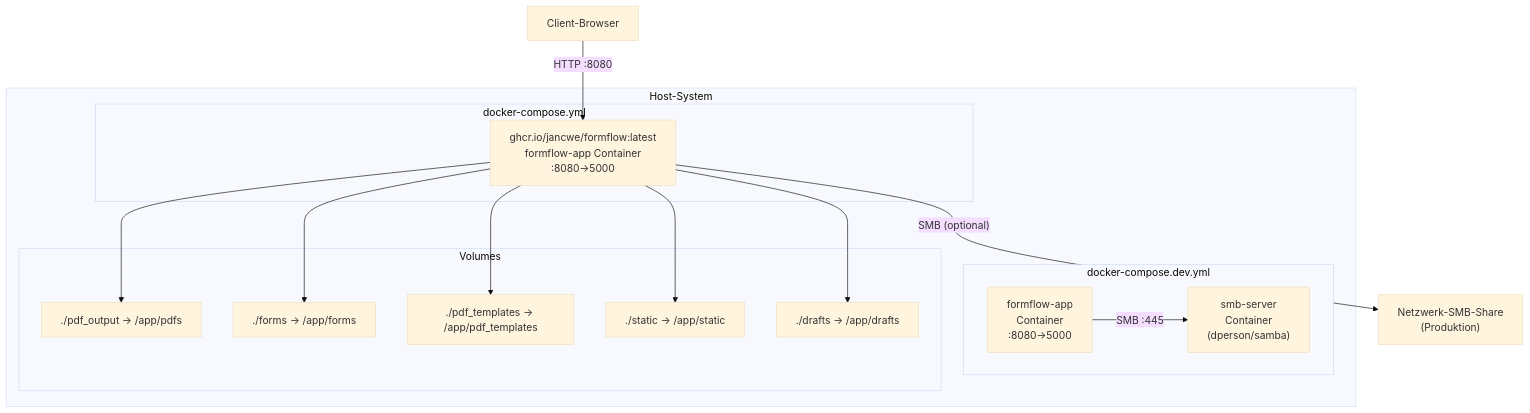
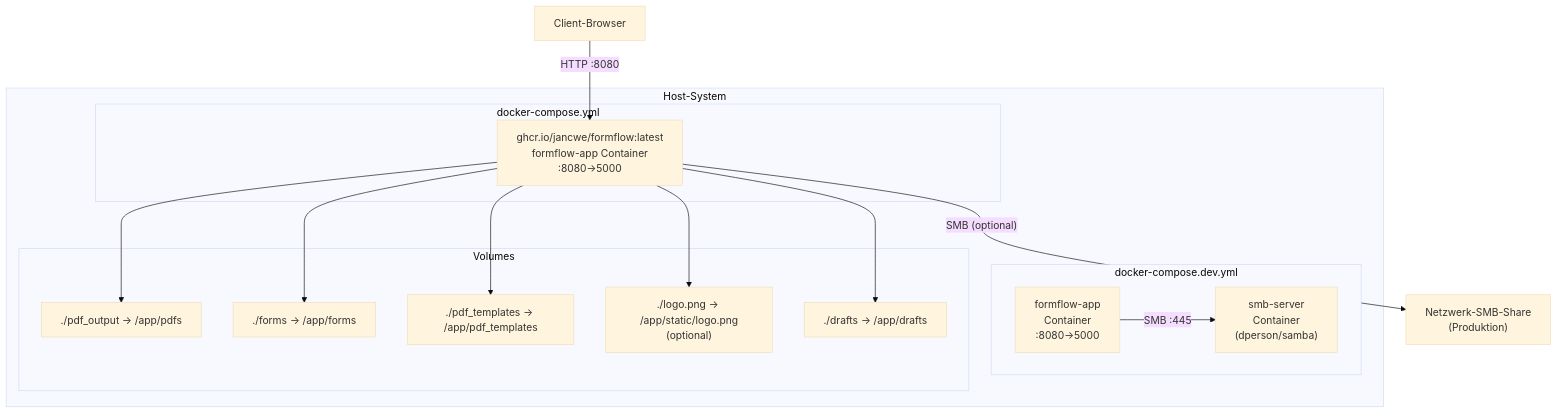
The fourth of 7 diagrams in docs/Architektur.md (jancwe/formflow), drawn with Mermaid (base theme) before and after one commit. The commit also changed other lines of this file and 4 other files, not shown here.

Commit message:
Remove static volume mount, add commented logo file-mount example, update docs

````diff
--- a/docs/Architektur.md
+++ b/docs/Architektur.md
@@ -220,33 +220,33 @@
 ```mermaid
 graph TD
     subgraph Host-System
         subgraph Produktions-Stack["docker-compose.yml"]
             AppProd["ghcr.io/jancwe/formflow:latest\nformflow-app Container\n:8080→5000"]
         end
 
         subgraph Dev-Stack["docker-compose.dev.yml"]
             AppDev["formflow-app\nContainer\n:8080→5000"]
             SmbDev["smb-server\nContainer\n(dperson/samba)"]
             AppDev -- "SMB :445" --> SmbDev
         end
 
         subgraph Volumes
             V1["./pdf_output → /app/pdfs"]
             V2["./forms → /app/forms"]
             V3["./pdf_templates → /app/pdf_templates"]
-            V4["./static → /app/static"]
+            V4["./logo.png → /app/static/logo.png\n(optional)"]
             V5["./drafts → /app/drafts"]
         end
     end
 
     Client["Client-Browser"]
     NetSMB["Netzwerk-SMB-Share\n(Produktion)"]
 
     Client -- "HTTP :8080" --> AppProd
     AppProd --> V1
     AppProd --> V2
     AppProd --> V3
     AppProd --> V4
     AppProd --> V5
     AppProd -- "SMB (optional)" --> NetSMB
 ```
````
